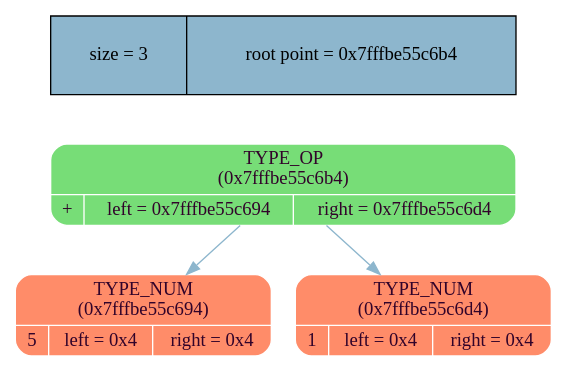
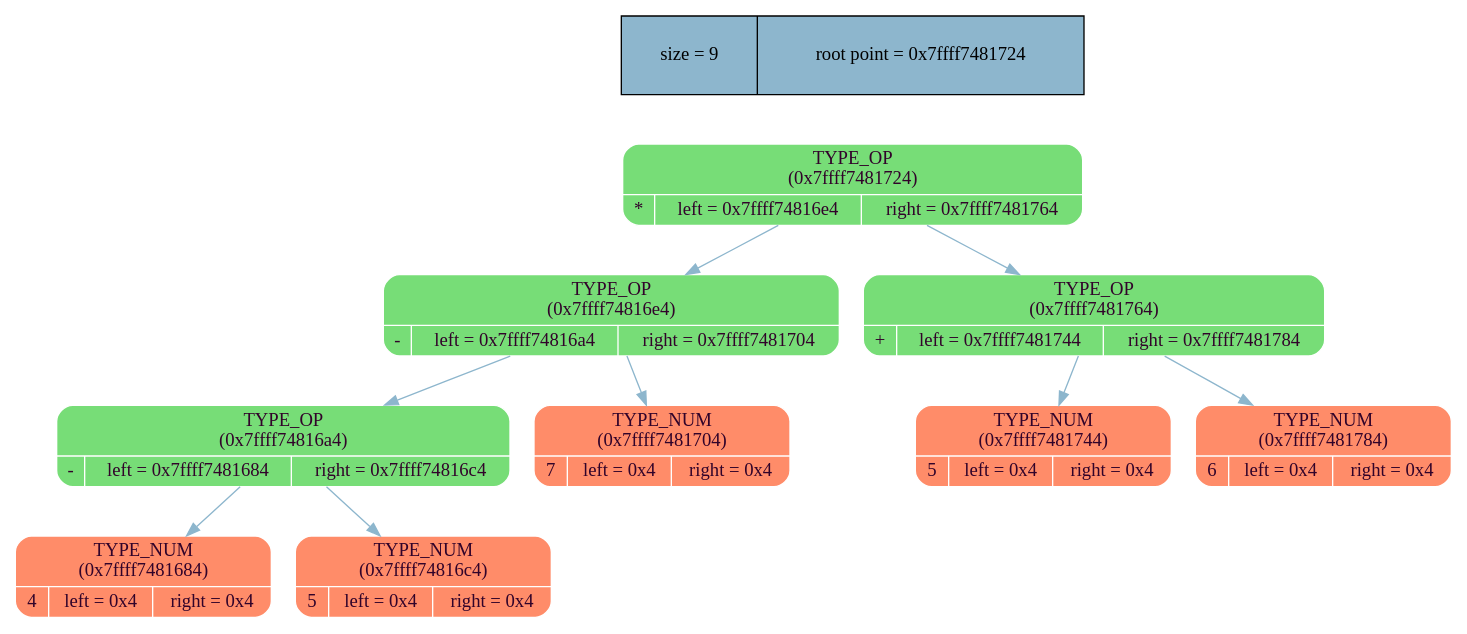
One commit to MaxGroshev/differentiator changed the diagram in dump_info/tree_dump.dot. Above: the diagram before and after it, drawn with Graphviz. The commit also changed 11 other files, not shown here.

```diff
--- a/dump_info/tree_dump.dot
+++ b/dump_info/tree_dump.dot
@@ -1,14 +1,26 @@
 digraph   
 {
 rankdir = ""
 splines = "true"
 
-node_stat [margin = "0.3*0.3", style = "filled", shape = "record", fillcolor = "#8DB6CD" label = " size = 3 | root point = 0x7fffbe55c6b4"]
+node_stat [margin = "0.3*0.3", style = "filled", shape = "record", fillcolor = "#8DB6CD" label = " size = 9 | root point = 0x7ffff7481724"]
 {rank = source; node_stat}
 
-node0x7fffbe55c6b4 [shape = "Mrecord", fillcolor = "#77DD77", style = "filled", fontcolor = "#31032A", fontname = "Calibri", color = "white", label = "{TYPE_OP\n (0x7fffbe55c6b4)| {+ |left = 0x7fffbe55c694 |right = 0x7fffbe55c6d4}}"]
-node0x7fffbe55c6b4 -> node0x7fffbe55c694 [color = "#8DB6CD", style = "", constraint = true, fillcolor = "#8DB6CD",   fontcolor = "", fontname = "Calibri", label = ""];
-node0x7fffbe55c694 [shape = "Mrecord", fillcolor = "#FF8C69", style = "filled", fontcolor = "#31032A", fontname = "Calibri", color = "white", label = "{TYPE_NUM\n (0x7fffbe55c694)| {5 |left = 0x4 |right = 0x4}}"]
-node0x7fffbe55c6b4 -> node0x7fffbe55c6d4 [color = "#8DB6CD", style = "", constraint = true, fillcolor = "#8DB6CD",   fontcolor = "", fontname = "Calibri", label = ""];
-node0x7fffbe55c6d4 [shape = "Mrecord", fillcolor = "#FF8C69", style = "filled", fontcolor = "#31032A", fontname = "Calibri", color = "white", label = "{TYPE_NUM\n (0x7fffbe55c6d4)| {1 |left = 0x4 |right = 0x4}}"]
+node0x7ffff7481724 [shape = "Mrecord", fillcolor = "#77DD77", style = "filled", fontcolor = "#31032A", fontname = "Calibri", color = "white", label = "{TYPE_OP\n (0x7ffff7481724)| {* |left = 0x7ffff74816e4 |right = 0x7ffff7481764}}"]
+node0x7ffff7481724 -> node0x7ffff74816e4 [color = "#8DB6CD", style = "", constraint = true, fillcolor = "#8DB6CD",   fontcolor = "", fontname = "Calibri", label = ""];
+node0x7ffff74816e4 [shape = "Mrecord", fillcolor = "#77DD77", style = "filled", fontcolor = "#31032A", fontname = "Calibri", color = "white", label = "{TYPE_OP\n (0x7ffff74816e4)| {- |left = 0x7ffff74816a4 |right = 0x7ffff7481704}}"]
+node0x7ffff74816e4 -> node0x7ffff74816a4 [color = "#8DB6CD", style = "", constraint = true, fillcolor = "#8DB6CD",   fontcolor = "", fontname = "Calibri", label = ""];
+node0x7ffff74816a4 [shape = "Mrecord", fillcolor = "#77DD77", style = "filled", fontcolor = "#31032A", fontname = "Calibri", color = "white", label = "{TYPE_OP\n (0x7ffff74816a4)| {- |left = 0x7ffff7481684 |right = 0x7ffff74816c4}}"]
+node0x7ffff74816a4 -> node0x7ffff7481684 [color = "#8DB6CD", style = "", constraint = true, fillcolor = "#8DB6CD",   fontcolor = "", fontname = "Calibri", label = ""];
+node0x7ffff7481684 [shape = "Mrecord", fillcolor = "#FF8C69", style = "filled", fontcolor = "#31032A", fontname = "Calibri", color = "white", label = "{TYPE_NUM\n (0x7ffff7481684)| {4 |left = 0x4 |right = 0x4}}"]
+node0x7ffff74816a4 -> node0x7ffff74816c4 [color = "#8DB6CD", style = "", constraint = true, fillcolor = "#8DB6CD",   fontcolor = "", fontname = "Calibri", label = ""];
+node0x7ffff74816c4 [shape = "Mrecord", fillcolor = "#FF8C69", style = "filled", fontcolor = "#31032A", fontname = "Calibri", color = "white", label = "{TYPE_NUM\n (0x7ffff74816c4)| {5 |left = 0x4 |right = 0x4}}"]
+node0x7ffff74816e4 -> node0x7ffff7481704 [color = "#8DB6CD", style = "", constraint = true, fillcolor = "#8DB6CD",   fontcolor = "", fontname = "Calibri", label = ""];
+node0x7ffff7481704 [shape = "Mrecord", fillcolor = "#FF8C69", style = "filled", fontcolor = "#31032A", fontname = "Calibri", color = "white", label = "{TYPE_NUM\n (0x7ffff7481704)| {7 |left = 0x4 |right = 0x4}}"]
+node0x7ffff7481724 -> node0x7ffff7481764 [color = "#8DB6CD", style = "", constraint = true, fillcolor = "#8DB6CD",   fontcolor = "", fontname = "Calibri", label = ""];
+node0x7ffff7481764 [shape = "Mrecord", fillcolor = "#77DD77", style = "filled", fontcolor = "#31032A", fontname = "Calibri", color = "white", label = "{TYPE_OP\n (0x7ffff7481764)| {+ |left = 0x7ffff7481744 |right = 0x7ffff7481784}}"]
+node0x7ffff7481764 -> node0x7ffff7481744 [color = "#8DB6CD", style = "", constraint = true, fillcolor = "#8DB6CD",   fontcolor = "", fontname = "Calibri", label = ""];
+node0x7ffff7481744 [shape = "Mrecord", fillcolor = "#FF8C69", style = "filled", fontcolor = "#31032A", fontname = "Calibri", color = "white", label = "{TYPE_NUM\n (0x7ffff7481744)| {5 |left = 0x4 |right = 0x4}}"]
+node0x7ffff7481764 -> node0x7ffff7481784 [color = "#8DB6CD", style = "", constraint = true, fillcolor = "#8DB6CD",   fontcolor = "", fontname = "Calibri", label = ""];
+node0x7ffff7481784 [shape = "Mrecord", fillcolor = "#FF8C69", style = "filled", fontcolor = "#31032A", fontname = "Calibri", color = "white", label = "{TYPE_NUM\n (0x7ffff7481784)| {6 |left = 0x4 |right = 0x4}}"]
 }
```
